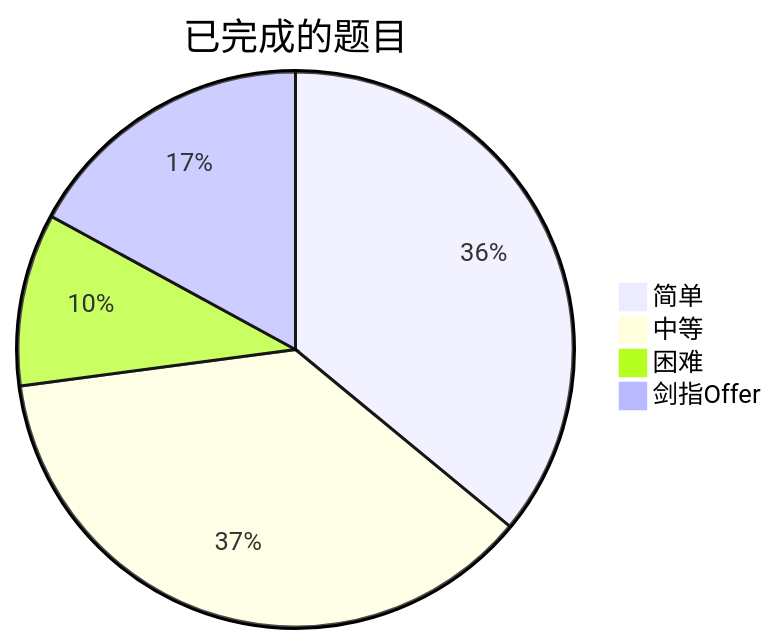
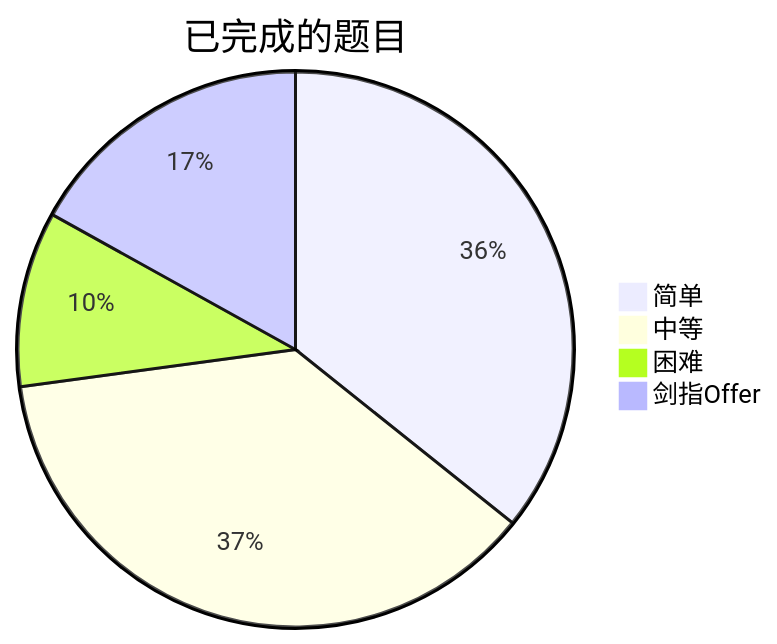
One commit to kaisa911/LeetCode changed the diagram in README.md. Above: the diagram before and after it, drawn with Mermaid. The commit also changed other lines of this file and 5 other files, not shown here.

````diff
--- a/README.md
+++ b/README.md
@@ -9,7 +9,7 @@
 ```mermaid
 pie title 已完成的题目
     "简单" : 154
-    "中等" : 158
-    "困难" : 43
+    "中等" : 160
+    "困难" : 44
     "剑指Offer" : 73
 ```
````
